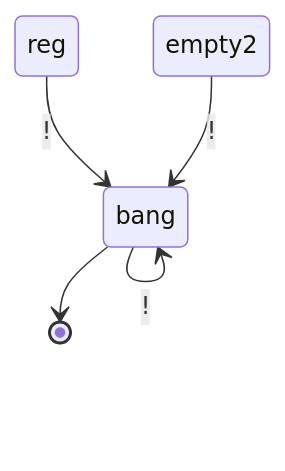
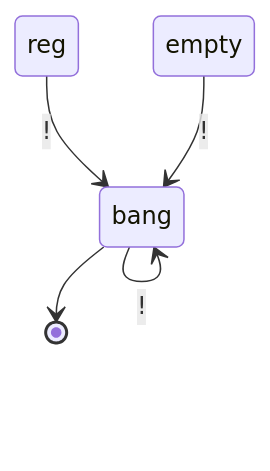
Diagram 19 of 39 in _posts/2019-09-21-regular-expressions.md (raganwald/raganwald.github.com), drawn with Mermaid before and after one commit. The commit also changed other lines of this file, not shown here.

```diff
--- a/_posts/2019-09-21-regular-expressions.md
+++ b/_posts/2019-09-21-regular-expressions.md
@@ -2111,7 +2129,7 @@
 <div class="mermaid">
   stateDiagram
     reg-->bang : !
-    empty2-->bang : !
+    empty-->bang : !
     bang-->bang : !
     bang-->[*]
 </div>
```
